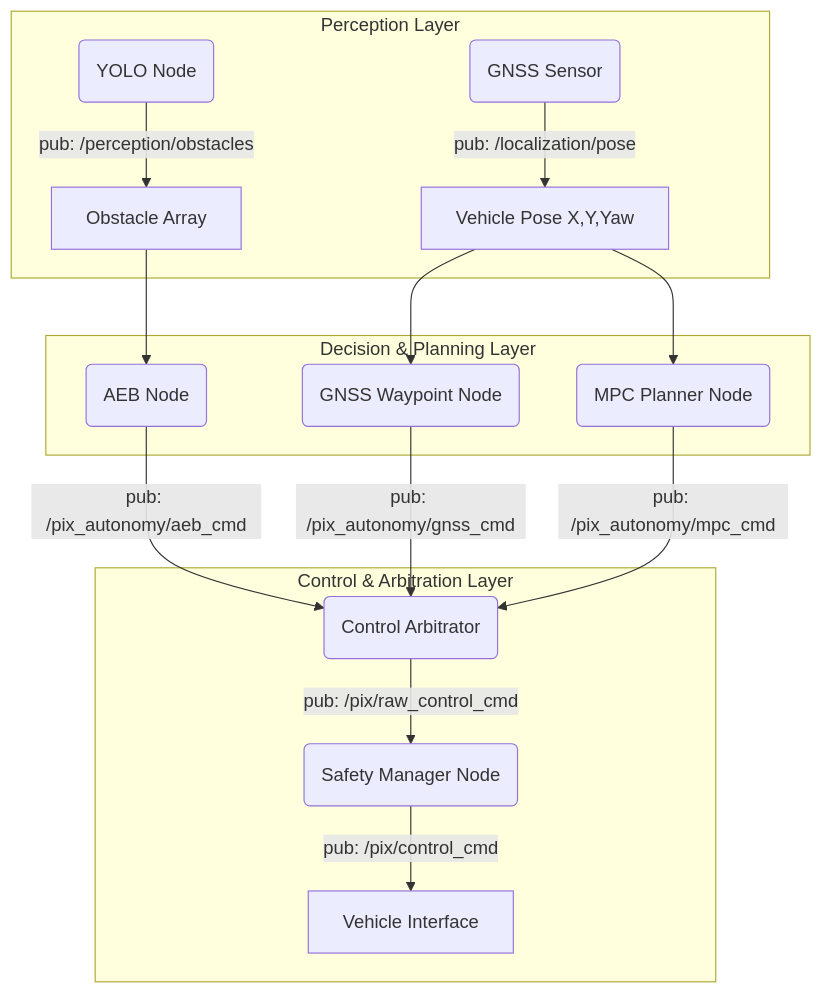
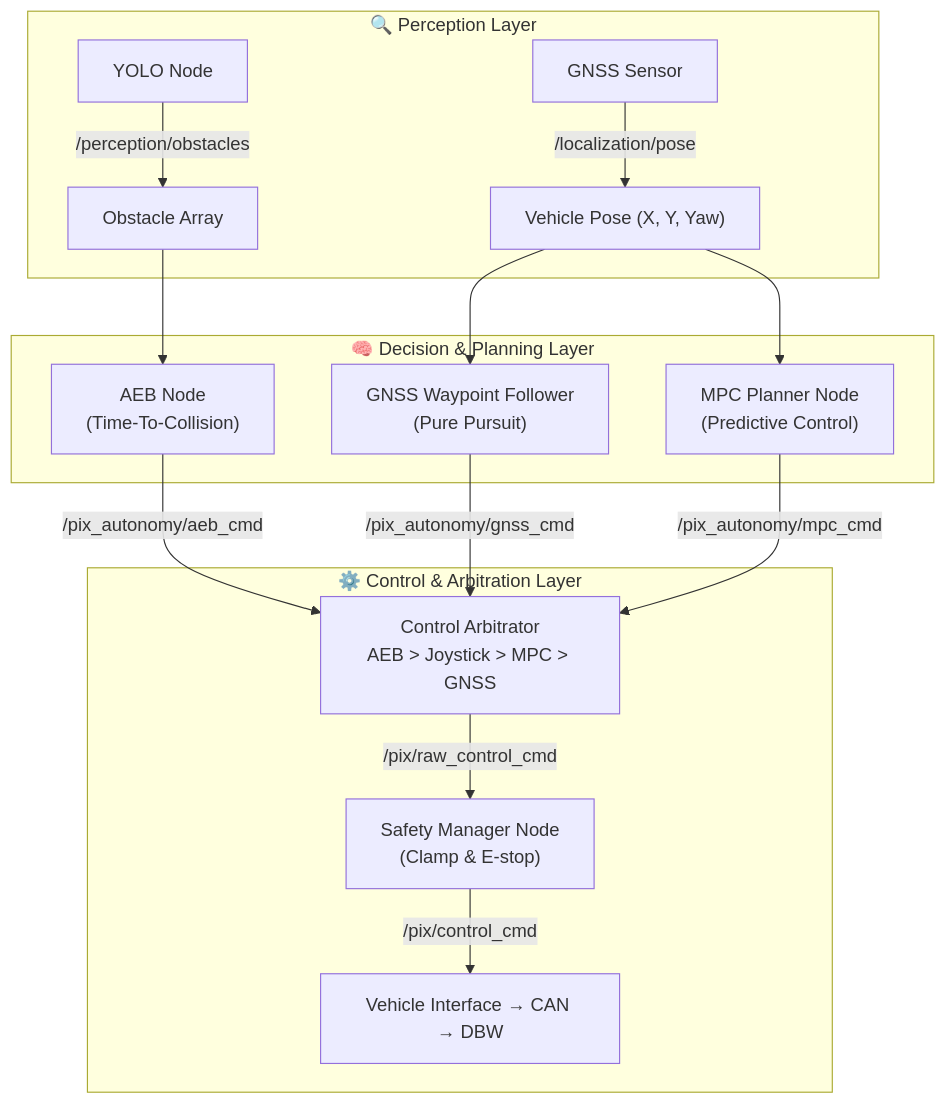
One commit to manish-gupta-in/pix_control_framework changed the diagram in pix_autonomy_architecture.md. Above: the diagram before and after it, drawn with Mermaid. The commit also changed other lines of this file and 9 other files, not shown here.

````diff
--- a/pix_autonomy_architecture.md
+++ b/pix_autonomy_architecture.md
@@ -11,22 +11,21 @@
 ```mermaid
 graph TD
-    subgraph SENSE [Perception Layer]
-        YOLO(YOLO Node) -->|pub: /perception/obstacles| O[Obstacle Array]
-        GNSS(GNSS Sensor) -->|pub: /localization/pose| P[Vehicle Pose X,Y,Yaw]
+    subgraph SENSE["🔍 Perception Layer"]
+        YOLO["YOLO Node"] -->|"/perception/obstacles"| OBS["Obstacle Array"]
+        GNSS["GNSS Sensor"] -->|"/localization/pose"| POSE["Vehicle Pose (X, Y, Yaw)"]
     end
 
-    subgraph PLAN [Decision & Planning Layer]
-        O --> AEB(AEB Node)
-        P --> MPC(MPC Planner Node)
-        P --> WP(GNSS Waypoint Node)
+    subgraph PLAN["🧠 Decision & Planning Layer"]
+        OBS --> AEB["AEB Node<br/>(Time-To-Collision)"]
+        POSE --> MPC["MPC Planner Node<br/>(Predictive Control)"]
+        POSE --> WP["GNSS Waypoint Follower<br/>(Pure Pursuit)"]
     end
 
-    subgraph ACT [Control & Arbitration Layer]
-        AEB -->|pub: /pix_autonomy/aeb_cmd| ARB(Control Arbitrator)
-        WP -->|pub: /pix_autonomy/gnss_cmd| ARB
-        MPC -->|pub: /pix_autonomy/mpc_cmd| ARB
-        
-        ARB -->|pub: /pix/raw_control_cmd| SAFE(Safety Manager Node)
-        SAFE -->|pub: /pix/control_cmd| VCU[Vehicle Interface]
+    subgraph ACT["⚙️ Control & Arbitration Layer"]
+        AEB -->|"/pix_autonomy/aeb_cmd"| ARB["Control Arbitrator<br/>AEB > Joystick > MPC > GNSS"]
+        WP -->|"/pix_autonomy/gnss_cmd"| ARB
+        MPC -->|"/pix_autonomy/mpc_cmd"| ARB
+        ARB -->|"/pix/raw_control_cmd"| SAFE["Safety Manager Node<br/>(Clamp & E-stop)"]
+        SAFE -->|"/pix/control_cmd"| VCU["Vehicle Interface → CAN → DBW"]
     end
 ```
````
